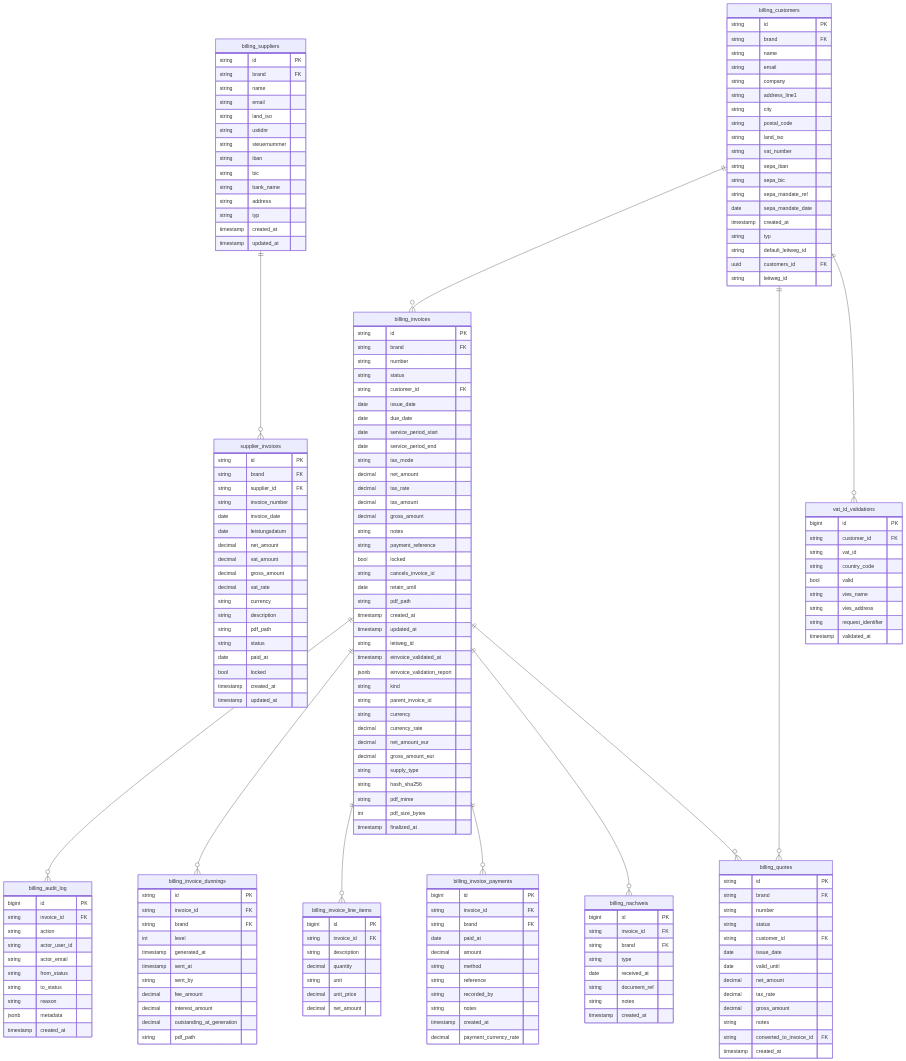
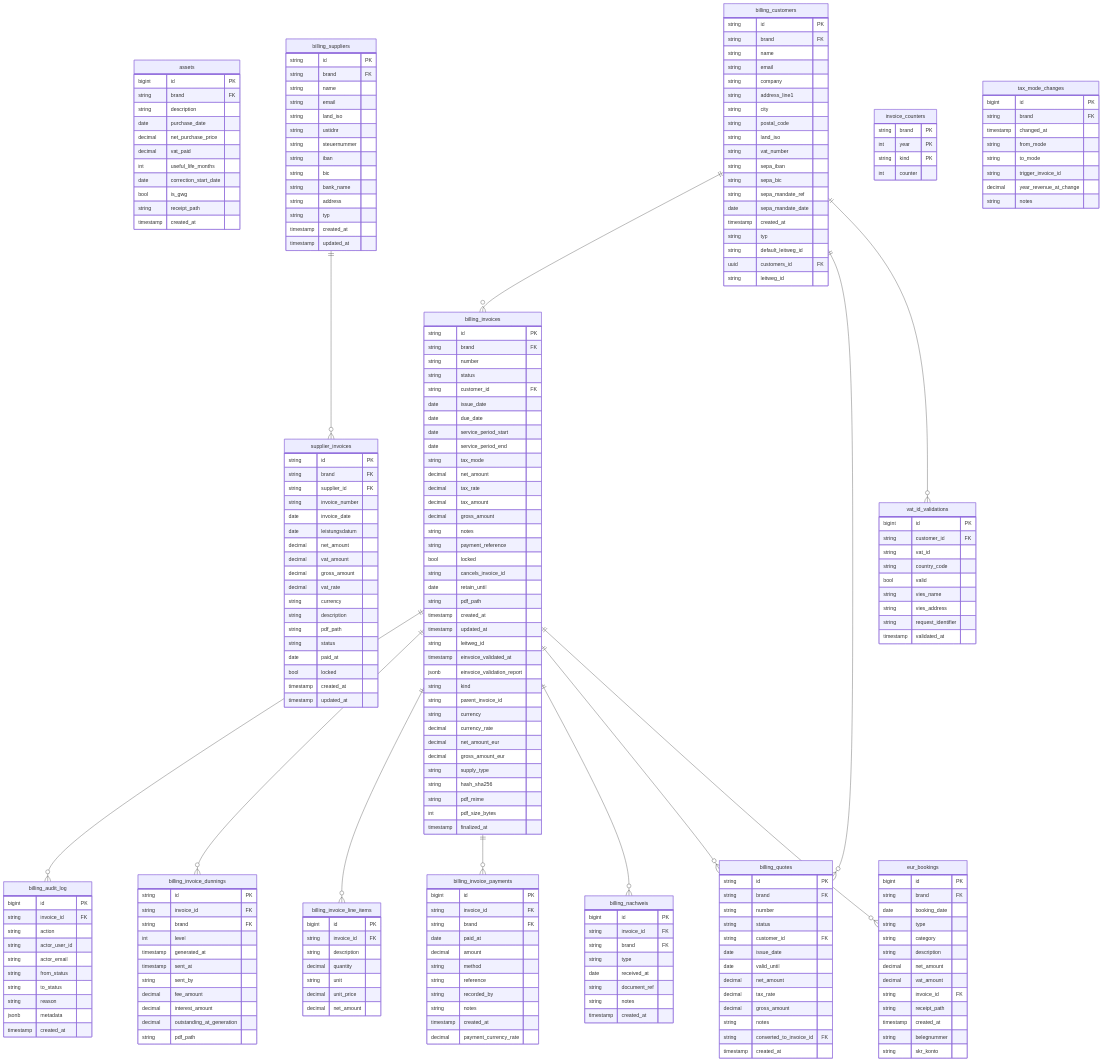
The second of 8 diagrams in docs/db-schema-diagram.md (Paddione/Bachelorprojekt), drawn with Mermaid before and after one commit. The commit also changed other lines of this file and 32 other files, not shown here.

````diff
--- a/docs/db-schema-diagram.md
+++ b/docs/db-schema-diagram.md
@@ -164,5 +191,18 @@
 ```mermaid
 erDiagram
+  assets {
+    bigint id PK
+    string brand FK
+    string description
+    date purchase_date
+    decimal net_purchase_price
+    decimal vat_paid
+    int useful_life_months
+    date correction_start_date
+    bool is_gwg
+    string receipt_path
+    timestamp created_at
+  }
   billing_audit_log {
     bigint id PK
     string invoice_id FK
@@ -310,6 +350,27 @@
     timestamp created_at
     timestamp updated_at
   }
+  eur_bookings {
+    bigint id PK
+    string brand FK
+    date booking_date
+    string type
+    string category
+    string description
+    decimal net_amount
+    decimal vat_amount
+    string invoice_id FK
+    string receipt_path
+    timestamp created_at
+    string belegnummer
+    string skr_konto
+  }
+  invoice_counters {
+    string brand PK
+    int year PK
+    string kind PK
+    int counter
+  }
   supplier_invoices {
     string id PK
     string brand FK
@@ -330,6 +391,16 @@
     timestamp created_at
     timestamp updated_at
   }
+  tax_mode_changes {
+    bigint id PK
+    string brand FK
+    timestamp changed_at
+    string from_mode
+    string to_mode
+    string trigger_invoice_id
+    decimal year_revenue_at_change
+    string notes
+  }
   vat_id_validations {
     bigint id PK
     string customer_id FK
@@ -349,6 +420,7 @@
   billing_invoices ||--o{ billing_nachweis : ""
   billing_invoices ||--o{ billing_quotes : ""
   billing_customers ||--o{ billing_quotes : ""
+  billing_invoices ||--o{ eur_bookings : ""
   billing_suppliers ||--o{ supplier_invoices : ""
   billing_customers ||--o{ vat_id_validations : ""
 ```
````
